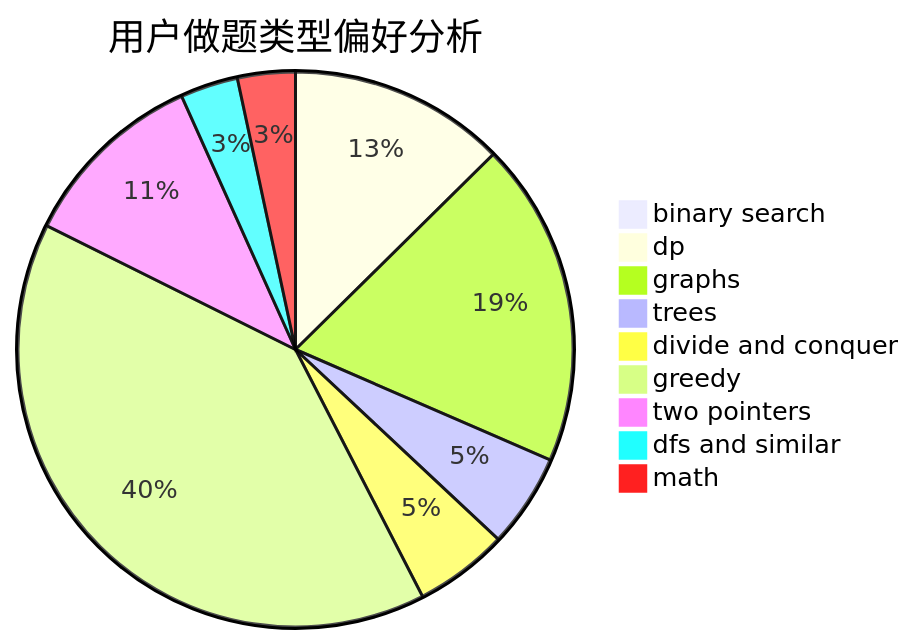
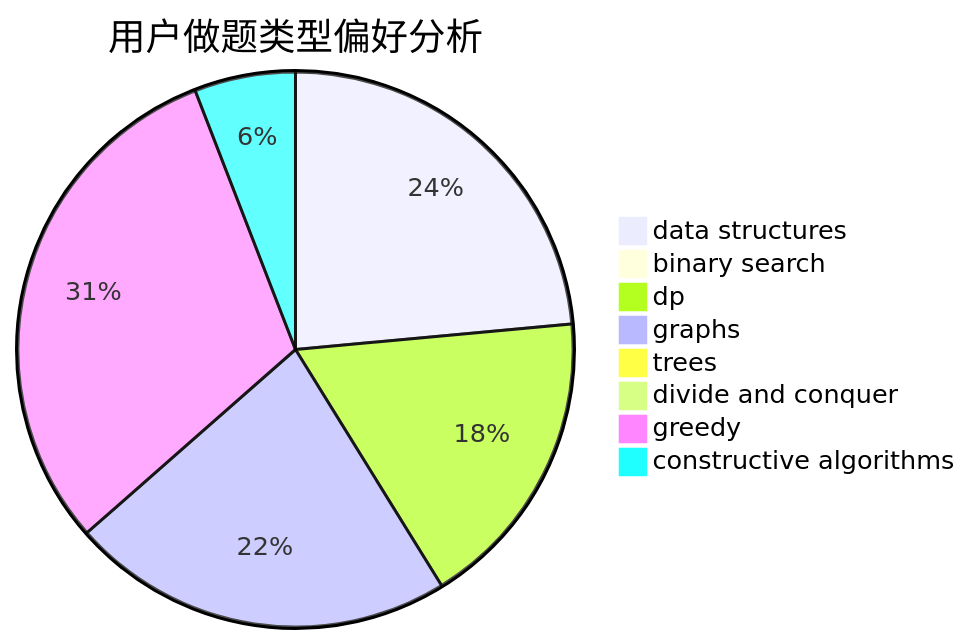
One commit to sherpahu/cfrs.github.io changed the second of 3 diagrams in docs/user/u567.md. Above: the diagram before and after it, drawn with Mermaid. The commit also changed other lines of this file and 2775 other files, not shown here.

````diff
--- a/docs/user/u567.md
+++ b/docs/user/u567.md
@@ -23,12 +23,11 @@
 ```mermaid
 pie title 用户做题类型偏好分析
+    "data structures" :  20
     "binary search" :  0
-    "dp" :  30
-    "graphs" :  45
-    "trees" :  13
-    "divide and conquer" :  13
-    "greedy" :  95
-    "two pointers" :  26
-    "dfs and similar" :  8
-    "math" :  8
+    "dp" :  15
+    "graphs" :  19
+    "trees" :  0
+    "divide and conquer" :  0
+    "greedy" :  26
+    "constructive algorithms" :  5
 ```
````
